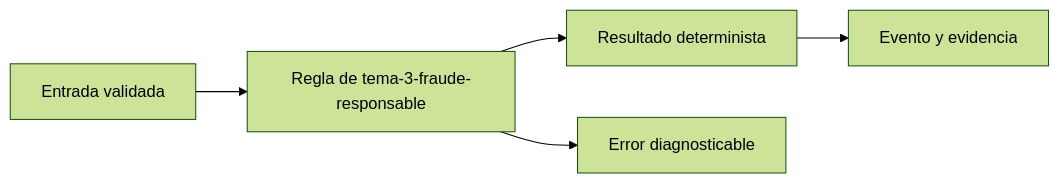
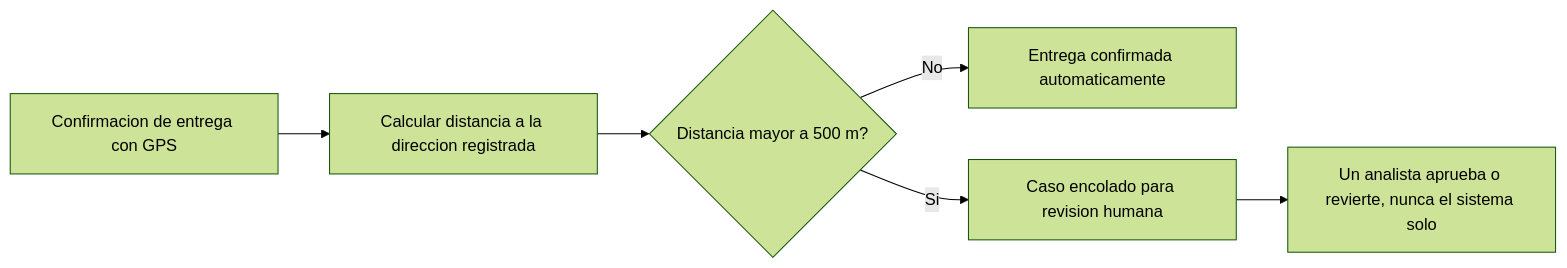
One commit to NICORUIZ93/Academia_Floci changed the sixth of 6 diagrams in web/public/content/rutaflow/modulo-6.md. Above: the diagram before and after it, drawn with Mermaid (forest theme). The commit also changed other lines of this file and 56 other files, not shown here.

````diff
--- a/web/public/content/rutaflow/modulo-6.md
+++ b/web/public/content/rutaflow/modulo-6.md
@@ -222,7 +317,8 @@
 ```mermaid
 flowchart LR
-  A[Entrada validada] --> B[Regla de tema-3-fraude-responsable]
-  B --> C[Resultado determinista]
-  C --> D[Evento y evidencia]
-  B --> E[Error diagnosticable]
+  A[Confirmacion de entrega con GPS] --> B[Calcular distancia a la direccion registrada]
+  B --> C{Distancia mayor a 500 m?}
+  C -->|No| D[Entrega confirmada automaticamente]
+  C -->|Si| E[Caso encolado para revision humana]
+  E --> F[Un analista aprueba o revierte, nunca el sistema solo]
 ```
````
